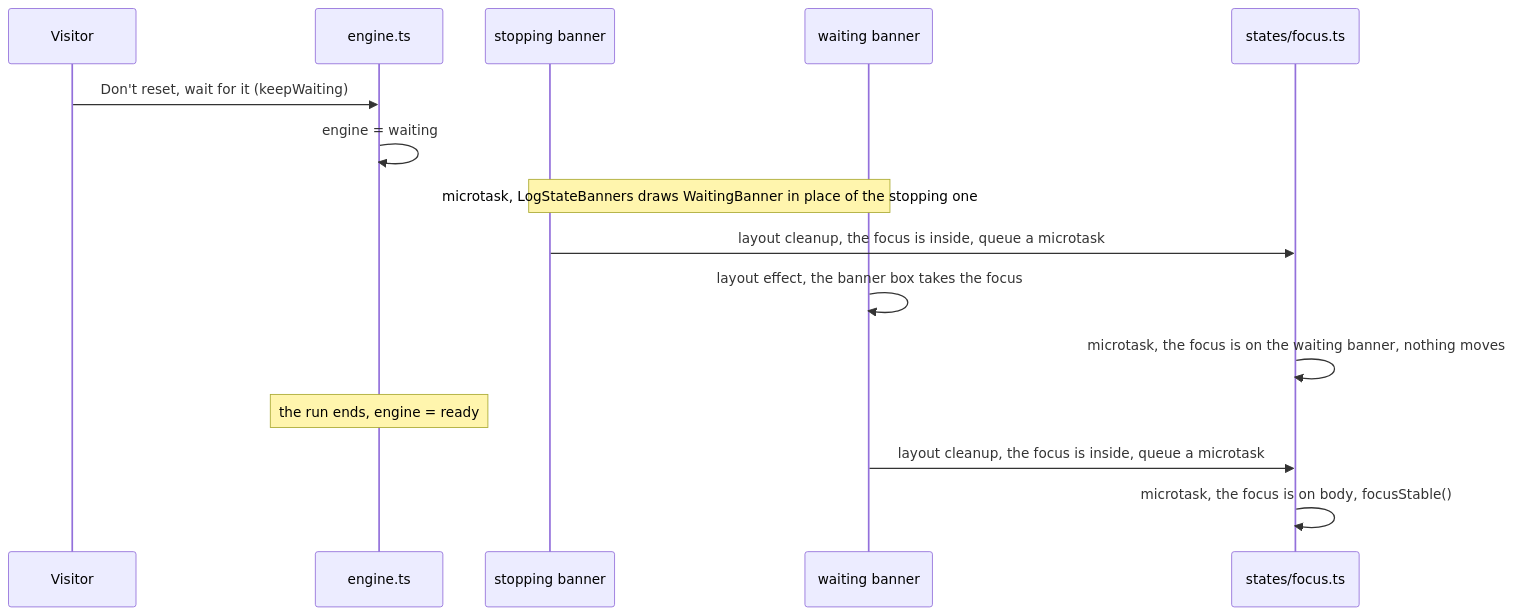
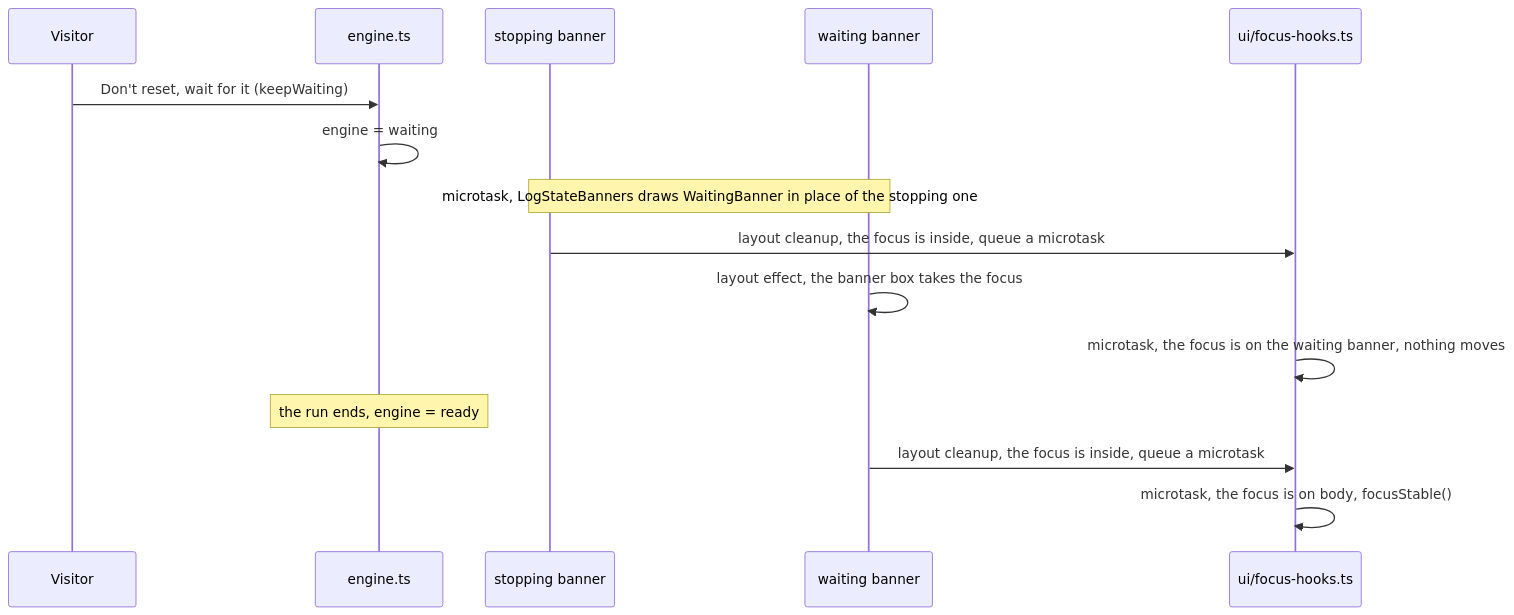
One commit to jeffzyliu/dofile changed the fourth of 9 diagrams in docs/web-page-flows.md. Above: the diagram before and after it, drawn with Mermaid. The commit also changed other lines of this file and 5 other files, not shown here.

````diff
--- a/docs/web-page-flows.md
+++ b/docs/web-page-flows.md
@@ -221,17 +221,17 @@
 ```mermaid
 sequenceDiagram
   participant V as Visitor
   participant E as engine.ts
   participant SB as stopping banner
   participant WB as waiting banner
-  participant F as states/focus.ts
+  participant F as ui/focus-hooks.ts
   V->>E: Don't reset, wait for it (keepWaiting)
   E->>E: engine = waiting
   Note over SB,WB: microtask, LogStateBanners draws WaitingBanner in place of the stopping one
   SB->>F: layout cleanup, the focus is inside, queue a microtask
   WB->>WB: layout effect, the banner box takes the focus
   F->>F: microtask, the focus is on the waiting banner, nothing moves
   Note over E: the run ends, engine = ready
   WB->>F: layout cleanup, the focus is inside, queue a microtask
   F->>F: microtask, the focus is on body, focusStable()
 ```
````
